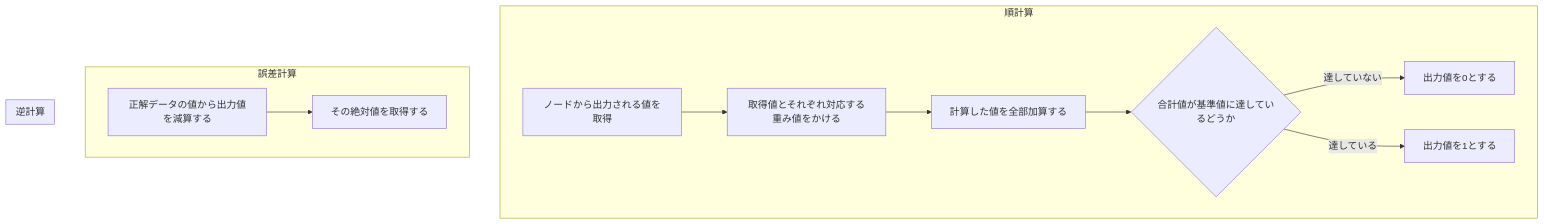
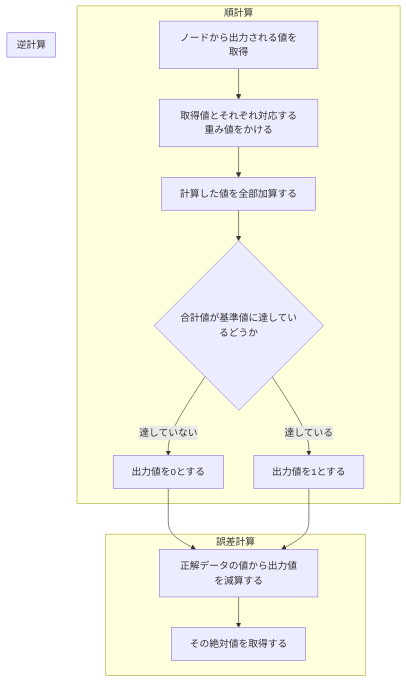
Before and after one commit to Tiamat-KIT/MarkDownMermaid: the diagram in Perceptron.md, drawn with Mermaid.

````diff
--- a/Perceptron.md
+++ b/Perceptron.md
@@ -1,13 +1,14 @@
 ```mermaid
 flowchart TD
   subgraph ide1 [順計算]
     A[ノードから出力される値を取得] --> B[取得値とそれぞれ対応する重み値をかける] --> C[計算した値を全部加算する] --> D{合計値が基準値に達しているどうか}
     D -->|達していない| E[出力値を0とする]
     D -->|達している| F[出力値を1とする]
   end
+  E & F --> G
   subgraph ide2 [誤差計算]
     G[正解データの値から出力値を減算する] --> H[その絶対値を取得する]
   end
   subgraph ide3 [逆計算]
   end
 ```
````
